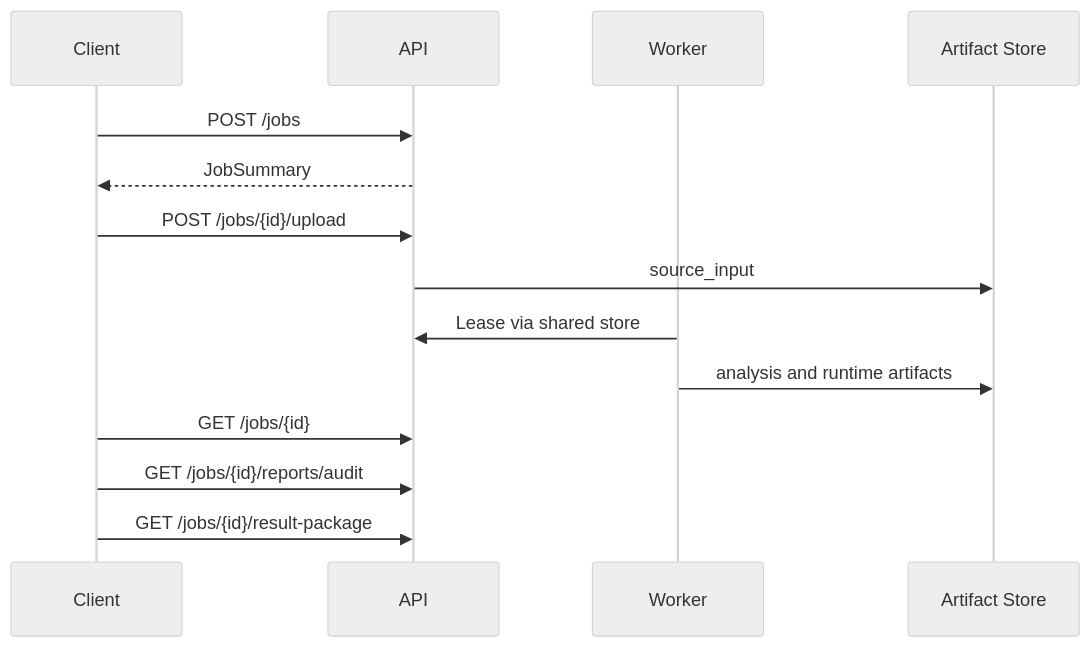
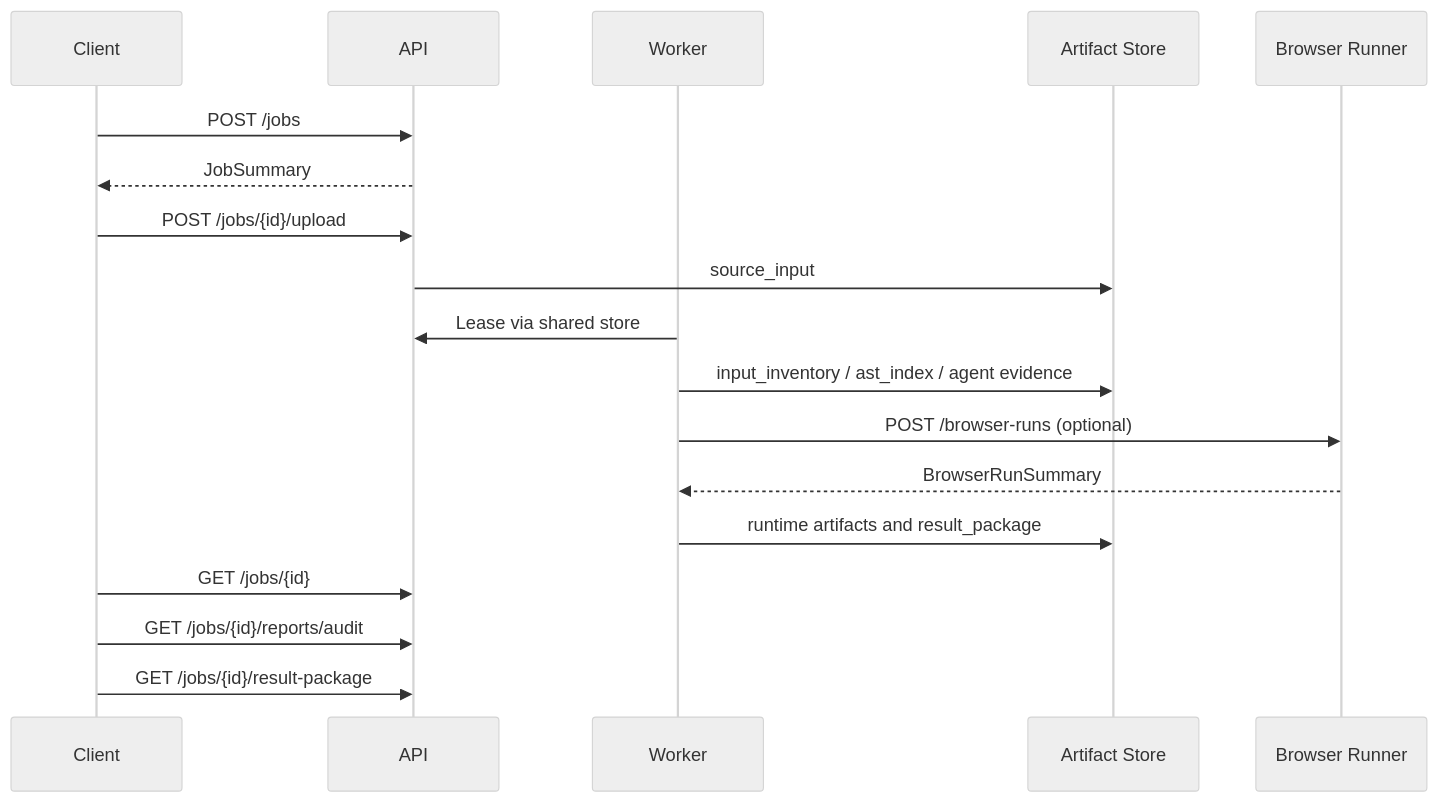
Before and after one commit to Leshm0321/ai-jsunpack: the diagram in docs/api.md, drawn with Mermaid (neutral theme). The commit also changed other lines of this file and 6 other files, not shown here.

````diff
--- a/docs/api.md
+++ b/docs/api.md
@@ -88,17 +92,21 @@
 ```mermaid
 sequenceDiagram
   participant Client
   participant API
   participant Worker
   participant Store as Artifact Store
+  participant Browser as Browser Runner
 
   Client->>API: POST /jobs
   API-->>Client: JobSummary
   Client->>API: POST /jobs/{id}/upload
   API->>Store: source_input
   Worker->>API: Lease via shared store
-  Worker->>Store: analysis and runtime artifacts
+  Worker->>Store: input_inventory / ast_index / agent evidence
+  Worker->>Browser: POST /browser-runs (optional)
+  Browser-->>Worker: BrowserRunSummary
+  Worker->>Store: runtime artifacts and result_package
   Client->>API: GET /jobs/{id}
   Client->>API: GET /jobs/{id}/reports/audit
   Client->>API: GET /jobs/{id}/result-package
 ```
````
